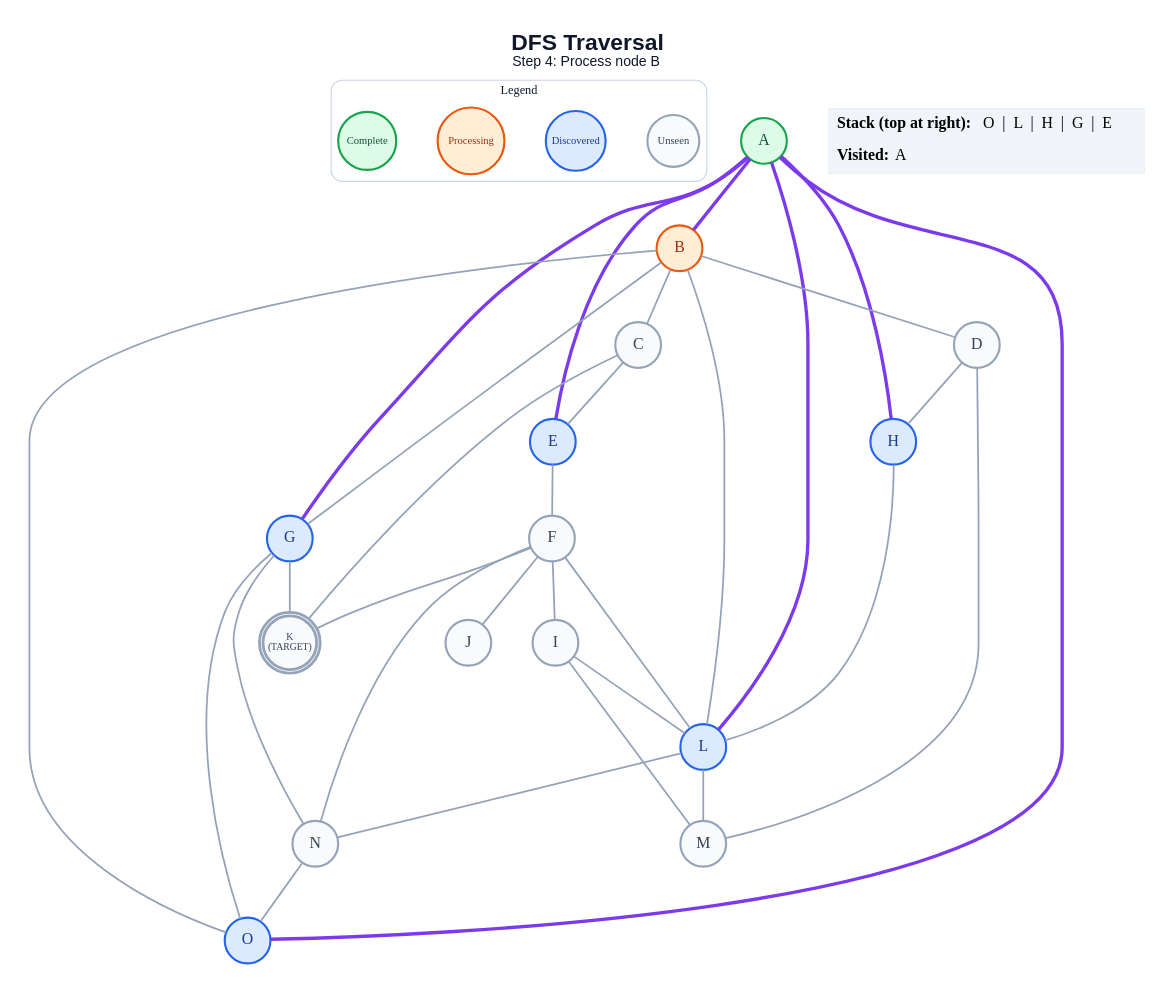
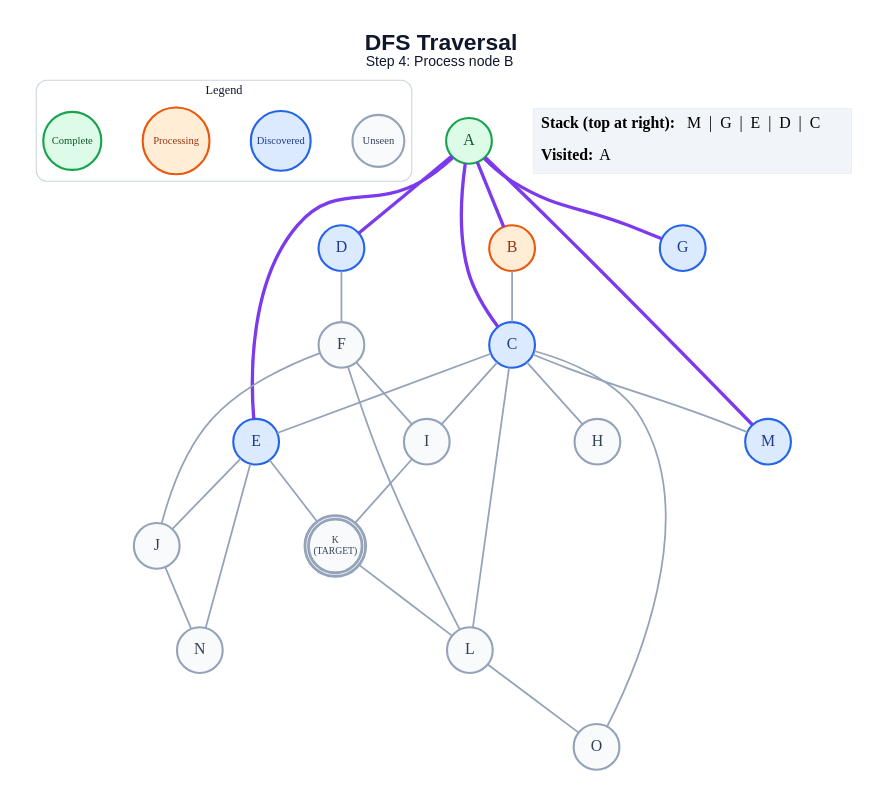
Before and after one commit to anon7238593-create/ai-slop: the diagram in generated/dfs/step_04.dot, drawn with Graphviz. The commit also changed 262 other files, not shown here.

```diff
--- a/generated/dfs/step_04.dot
+++ b/generated/dfs/step_04.dot
@@ -1,64 +1,58 @@
 graph traversal {
   graph [layout=dot, rankdir=TB, bgcolor="#FFFFFF", pad="0.35", nodesep="0.65", ranksep="0.8", fontname="Arial"];
   node [shape=circle, style="filled", fontname="Arial Bold", fontsize=18, width=0.72, fixedsize=true, penwidth=2.4];
   edge [color="#94A3B8", penwidth=2.0];
   label=<<B>DFS Traversal</B><BR/><FONT POINT-SIZE="16">Step 4: Process node B</FONT>>; labelloc="t"; fontsize=26; fontname="Arial"; fontcolor="#0F172A";
   subgraph cluster_legend { label="Legend"; color="#CBD5E1"; penwidth=1.2; style="rounded"; fontsize=14; fontname="Arial Bold";
     key_unseen [label="Unseen", fillcolor="#F8FAFC", color="#94A3B8", fontcolor="#334155", fontsize=12, width=0.82];
     key_frontier [label="Discovered", fillcolor="#DBEAFE", color="#2563EB", fontcolor="#1E3A8A", fontsize=12, width=0.95];
     key_current [label="Processing", fillcolor="#FFEDD5", color="#EA580C", fontcolor="#9A3412", fontsize=12, width=1.05];
     key_done [label="Complete", fillcolor="#DCFCE7", color="#16A34A", fontcolor="#14532D", fontsize=12, width=0.92];
     { rank=same; key_unseen; key_frontier; key_current; key_done; }
   }
   A [label="A", fillcolor="#DCFCE7", color="#16A34A", fontcolor="#14532D", peripheries=1, penwidth=2.4];
   B [label="B", fillcolor="#FFEDD5", color="#EA580C", fontcolor="#9A3412", peripheries=1, penwidth=2.4];
-  C [label="C", fillcolor="#F8FAFC", color="#94A3B8", fontcolor="#334155", peripheries=1, penwidth=2.4];
-  D [label="D", fillcolor="#F8FAFC", color="#94A3B8", fontcolor="#334155", peripheries=1, penwidth=2.4];
+  C [label="C", fillcolor="#DBEAFE", color="#2563EB", fontcolor="#1E3A8A", peripheries=1, penwidth=2.4];
+  D [label="D", fillcolor="#DBEAFE", color="#2563EB", fontcolor="#1E3A8A", peripheries=1, penwidth=2.4];
   E [label="E", fillcolor="#DBEAFE", color="#2563EB", fontcolor="#1E3A8A", peripheries=1, penwidth=2.4];
   F [label="F", fillcolor="#F8FAFC", color="#94A3B8", fontcolor="#334155", peripheries=1, penwidth=2.4];
   G [label="G", fillcolor="#DBEAFE", color="#2563EB", fontcolor="#1E3A8A", peripheries=1, penwidth=2.4];
-  H [label="H", fillcolor="#DBEAFE", color="#2563EB", fontcolor="#1E3A8A", peripheries=1, penwidth=2.4];
+  H [label="H", fillcolor="#F8FAFC", color="#94A3B8", fontcolor="#334155", peripheries=1, penwidth=2.4];
   I [label="I", fillcolor="#F8FAFC", color="#94A3B8", fontcolor="#334155", peripheries=1, penwidth=2.4];
   J [label="J", fillcolor="#F8FAFC", color="#94A3B8", fontcolor="#334155", peripheries=1, penwidth=2.4];
   K [label="K\n(TARGET)", fillcolor="#F8FAFC", color="#94A3B8", fontcolor="#334155", peripheries=2, penwidth=3.2, fontsize=11, width=0.85, height=0.85];
-  L [label="L", fillcolor="#DBEAFE", color="#2563EB", fontcolor="#1E3A8A", peripheries=1, penwidth=2.4];
-  M [label="M", fillcolor="#F8FAFC", color="#94A3B8", fontcolor="#334155", peripheries=1, penwidth=2.4];
+  L [label="L", fillcolor="#F8FAFC", color="#94A3B8", fontcolor="#334155", peripheries=1, penwidth=2.4];
+  M [label="M", fillcolor="#DBEAFE", color="#2563EB", fontcolor="#1E3A8A", peripheries=1, penwidth=2.4];
   N [label="N", fillcolor="#F8FAFC", color="#94A3B8", fontcolor="#334155", peripheries=1, penwidth=2.4];
-  O [label="O", fillcolor="#DBEAFE", color="#2563EB", fontcolor="#1E3A8A", peripheries=1, penwidth=2.4];
+  O [label="O", fillcolor="#F8FAFC", color="#94A3B8", fontcolor="#334155", peripheries=1, penwidth=2.4];
   A -- B [color="#7C3AED", penwidth=3.8];
+  A -- C [color="#7C3AED", penwidth=3.8];
+  A -- D [color="#7C3AED", penwidth=3.8];
   A -- E [color="#7C3AED", penwidth=3.8];
   A -- G [color="#7C3AED", penwidth=3.8];
-  A -- H [color="#7C3AED", penwidth=3.8];
-  A -- L [color="#7C3AED", penwidth=3.8];
-  A -- O [color="#7C3AED", penwidth=3.8];
+  A -- M [color="#7C3AED", penwidth=3.8];
   B -- C;
-  B -- D;
-  B -- G;
-  B -- L;
-  B -- O;
   C -- E;
-  C -- K;
-  D -- H;
-  D -- M;
-  E -- F;
+  C -- H;
+  C -- I;
+  C -- L;
+  C -- M;
+  C -- O;
+  D -- F;
+  E -- J;
+  E -- K;
+  E -- N;
   F -- I;
   F -- J;
-  F -- K;
   F -- L;
-  F -- N;
-  G -- K;
-  G -- N;
-  G -- O;
-  H -- L;
-  I -- L;
-  I -- M;
-  L -- M;
-  L -- N;
-  N -- O;
+  I -- K;
+  J -- N;
+  K -- L;
+  L -- O;
   status [shape=plain, fixedsize=false, width=0, height=0, margin=0, label=<
     <TABLE BORDER="0" CELLBORDER="0" CELLPADDING="7" BGCOLOR="#F1F5F9">
-      <TR><TD ALIGN="LEFT"><B>Stack (top at right):</B> O  |  L  |  H  |  G  |  E</TD></TR>
+      <TR><TD ALIGN="LEFT"><B>Stack (top at right):</B> M  |  G  |  E  |  D  |  C</TD></TR>
       <TR><TD ALIGN="LEFT"><B>Visited:</B> A</TD></TR>
     </TABLE>
   >];
 }
```
